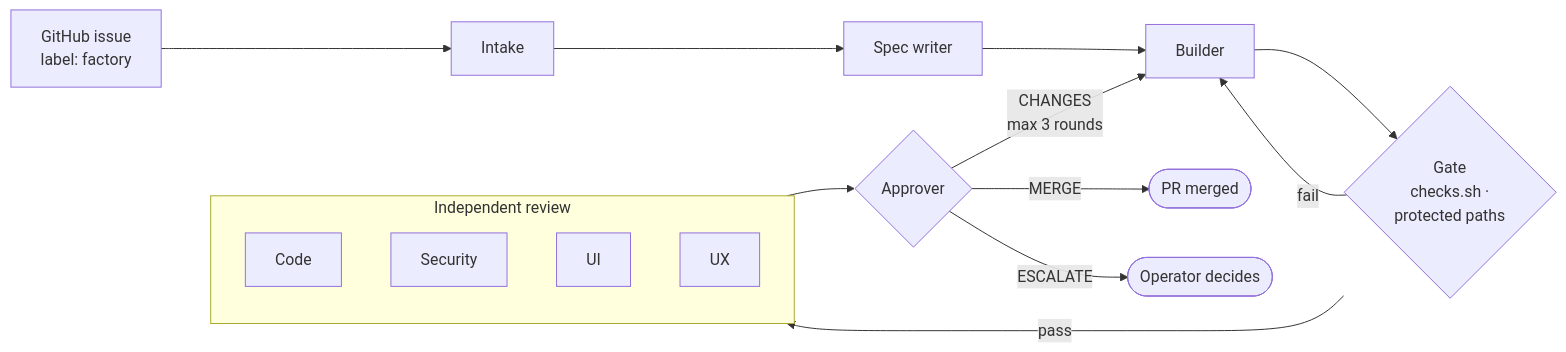
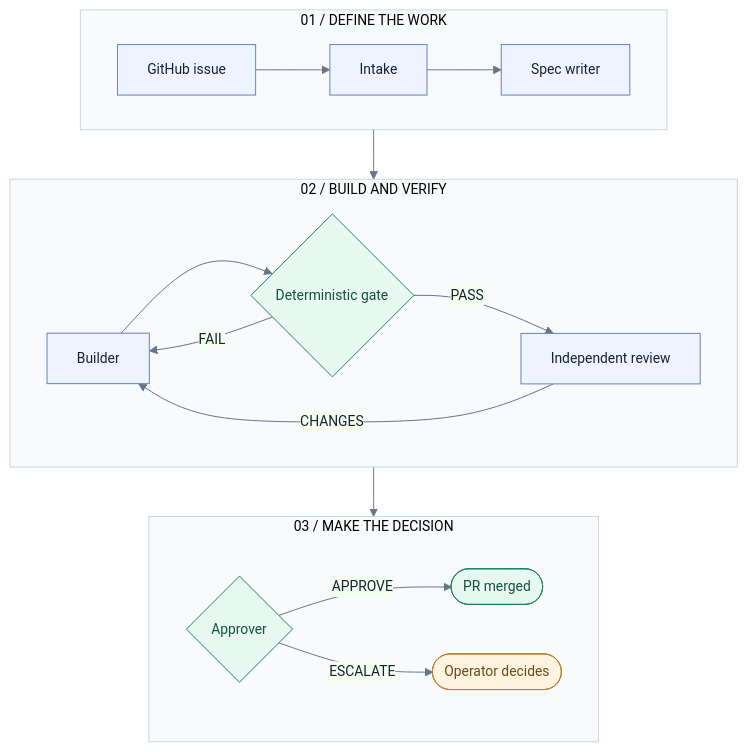
One commit to harry738/HyperSoftwareFactory changed the first of 3 diagrams in README.md. Above: the diagram before and after it, drawn with Mermaid. The commit also changed other lines of this file and 13 other files, not shown here.

````diff
--- a/README.md
+++ b/README.md
@@ -82,22 +51,31 @@
 ```mermaid
-flowchart LR
-    ISSUE["GitHub issue<br/>label: factory"] --> INTAKE["Intake"]
-    INTAKE --> SPEC["Spec writer"]
-    SPEC --> BUILD["Builder"]
-    BUILD --> GATE{"Gate<br/>checks.sh ·<br/>protected paths"}
-    GATE -- fail --> BUILD
-    GATE -- pass --> REVIEW
-
-    subgraph REVIEW["Independent review"]
-        direction TB
-        RC["Code"]
-        RS["Security"]
-        RU["UI"]
-        RX["UX"]
+%%{init: {"theme": "base", "themeVariables": {"fontFamily": "system-ui, sans-serif", "fontSize": "14px", "primaryColor": "#eef4ff", "primaryTextColor": "#172033", "primaryBorderColor": "#6682b5", "lineColor": "#64748b", "clusterBkg": "#f8fafc", "clusterBorder": "#cbd5e1"}}}%%
+flowchart TB
+    subgraph DEFINE["01 / DEFINE THE WORK"]
+        direction LR
+        ISSUE["GitHub issue"] --> INTAKE["Intake"] --> SPEC["Spec writer"]
     end
 
-    REVIEW --> APPROVE{"Approver"}
-    APPROVE -- "MERGE" --> MERGED(["PR merged"])
-    APPROVE -- "CHANGES<br/>max 3 rounds" --> BUILD
-    APPROVE -- "ESCALATE" --> HUMAN(["Operator decides"])
+    subgraph VERIFY["02 / BUILD AND VERIFY"]
+        direction LR
+        BUILD["Builder"] --> GATE{"Deterministic gate"}
+        GATE -- PASS --> REVIEW["Independent review"]
+        GATE -- FAIL --> BUILD
+        REVIEW -- CHANGES --> BUILD
+    end
+
+    subgraph DECIDE["03 / MAKE THE DECISION"]
+        direction LR
+        APPROVE{"Approver"} -- APPROVE --> MERGED(["PR merged"])
+        APPROVE -- ESCALATE --> HUMAN(["Operator decides"])
+    end
+
+    DEFINE --> VERIFY --> DECIDE
+
+    classDef agent fill:#eef4ff,stroke:#6682b5,color:#172033
+    classDef gate fill:#e7f8f1,stroke:#218364,color:#14523f
+    classDef human fill:#fff4df,stroke:#b78329,color:#684a17
+    class ISSUE,INTAKE,SPEC,BUILD,REVIEW agent
+    class GATE,APPROVE,MERGED gate
+    class HUMAN human
 ```
````
